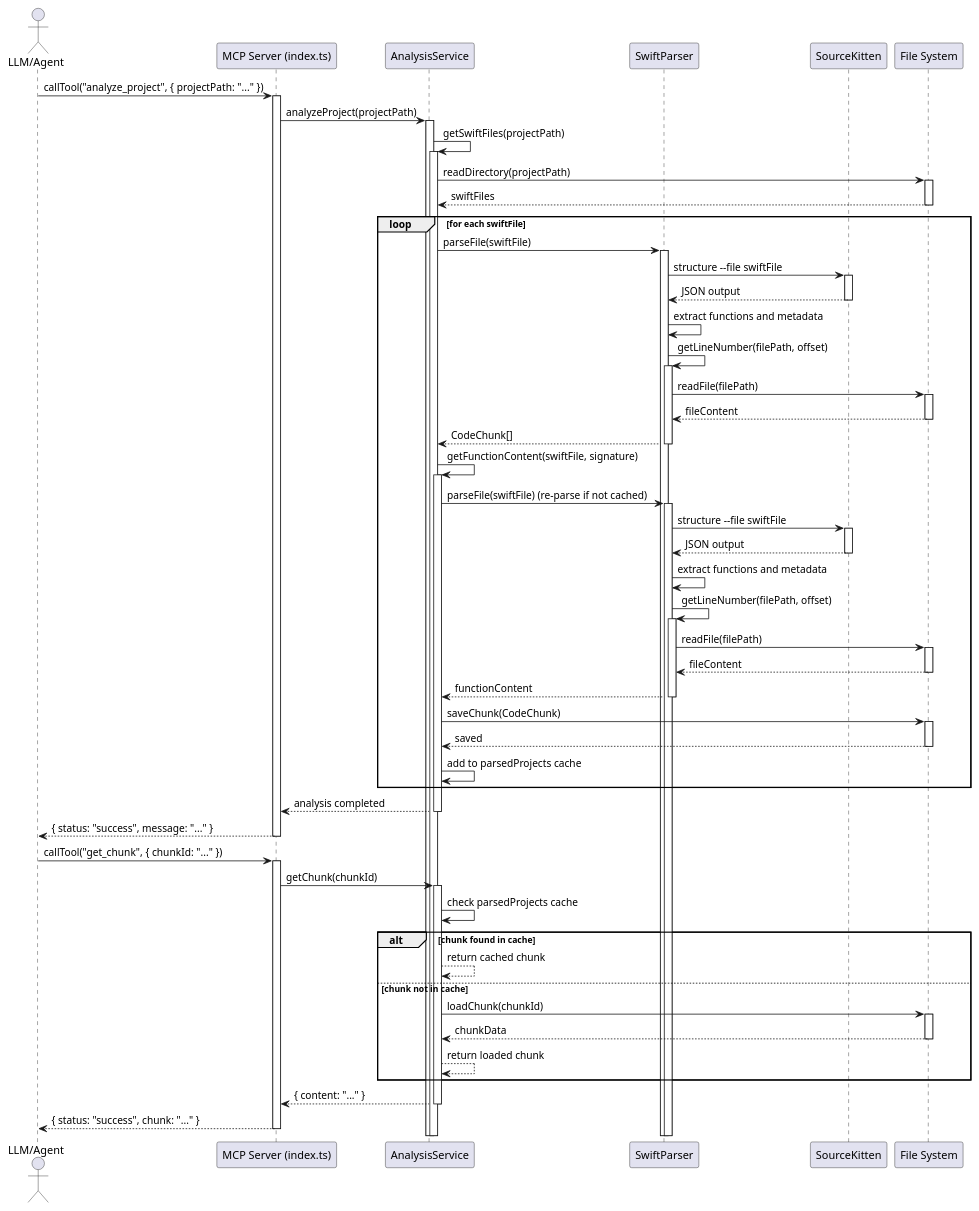
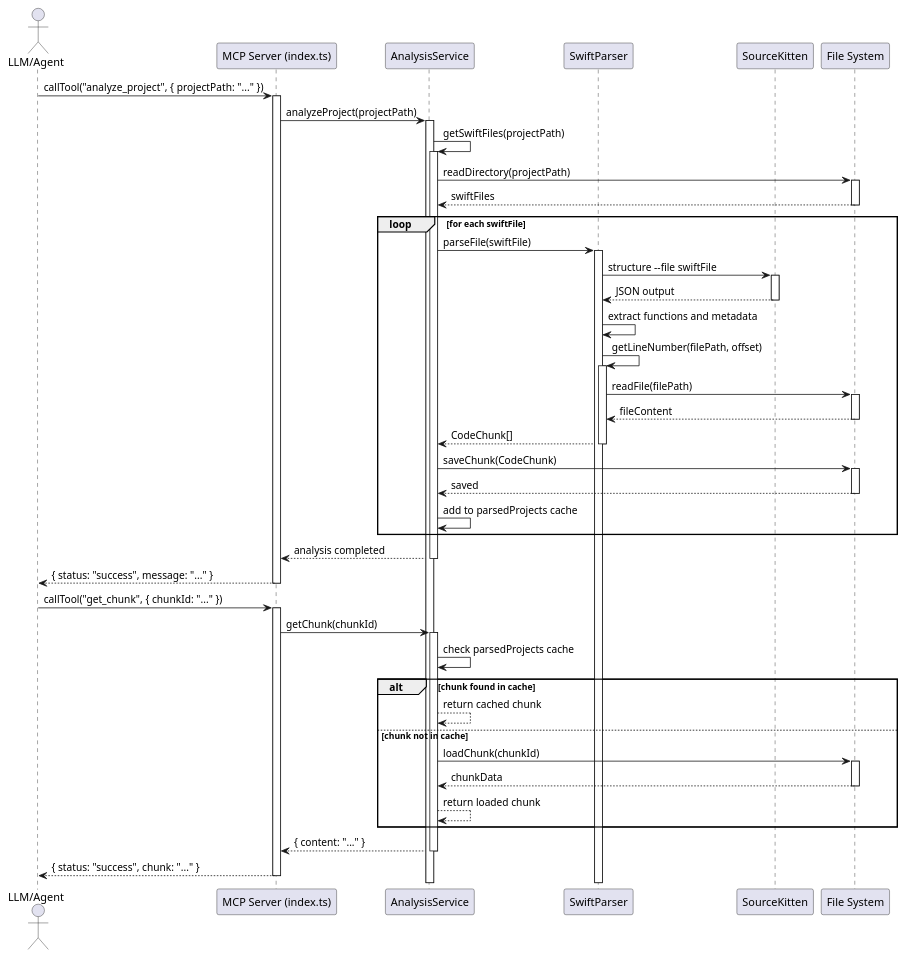
Before and after one commit to aoitan/project-analyzer-mcp: the diagram in doc/diagrams/sequence_diagram.puml, drawn with PlantUML. The commit also changed 7 other files, not shown here.

First line of the commit message:
docs: PlantUML図を最新化

```diff
--- a/doc/diagrams/sequence_diagram.puml
+++ b/doc/diagrams/sequence_diagram.puml
@@ -1,83 +1,66 @@
 @startuml
 
 actor "LLM/Agent" as LLM
 participant "MCP Server (index.ts)" as Server
 participant "AnalysisService" as AS
 participant "SwiftParser" as SP
 participant "SourceKitten" as SK
 participant "File System" as FS
 
 LLM -> Server: callTool("analyze_project", { projectPath: "..." })
 activate Server
 Server -> AS: analyzeProject(projectPath)
 activate AS
 AS -> AS: getSwiftFiles(projectPath)
 activate AS
 AS -> FS: readDirectory(projectPath)
 activate FS
 FS --> AS: swiftFiles
 deactivate FS
 loop for each swiftFile
   AS -> SP: parseFile(swiftFile)
   activate SP
   SP -> SK: structure --file swiftFile
   activate SK
   SK --> SP: JSON output
   deactivate SK
   SP -> SP: extract functions and metadata
   SP -> SP: getLineNumber(filePath, offset)
   activate SP
   SP -> FS: readFile(filePath)
   activate FS
   FS --> SP: fileContent
   deactivate FS
   SP --> AS: CodeChunk[]
   deactivate SP
-  AS -> AS: getFunctionContent(swiftFile, signature)
-  activate AS
-  AS -> SP: parseFile(swiftFile) (re-parse if not cached)
-  activate SP
-  SP -> SK: structure --file swiftFile
-  activate SK
-  SK --> SP: JSON output
-  deactivate SK
-  SP -> SP: extract functions and metadata
-  SP -> SP: getLineNumber(filePath, offset)
-  activate SP
-  SP -> FS: readFile(filePath)
-  activate FS
-  FS --> SP: fileContent
-  deactivate FS
-  SP --> AS: functionContent
-  deactivate SP
   AS -> FS: saveChunk(CodeChunk)
   activate FS
   FS --> AS: saved
   deactivate FS
   AS -> AS: add to parsedProjects cache
 end
 AS --> Server: analysis completed
 deactivate AS
 Server --> LLM: { status: "success", message: "..." }
 deactivate Server
 
 LLM -> Server: callTool("get_chunk", { chunkId: "..." })
 activate Server
 Server -> AS: getChunk(chunkId)
 activate AS
 AS -> AS: check parsedProjects cache
 alt chunk found in cache
   AS --> AS: return cached chunk
 else chunk not in cache
   AS -> FS: loadChunk(chunkId)
   activate FS
   FS --> AS: chunkData
   deactivate FS
   AS --> AS: return loaded chunk
 end
 AS --> Server: { content: "..." }
 deactivate AS
 Server --> LLM: { status: "success", chunk: "..." }
 deactivate Server
 
 @enduml
```
